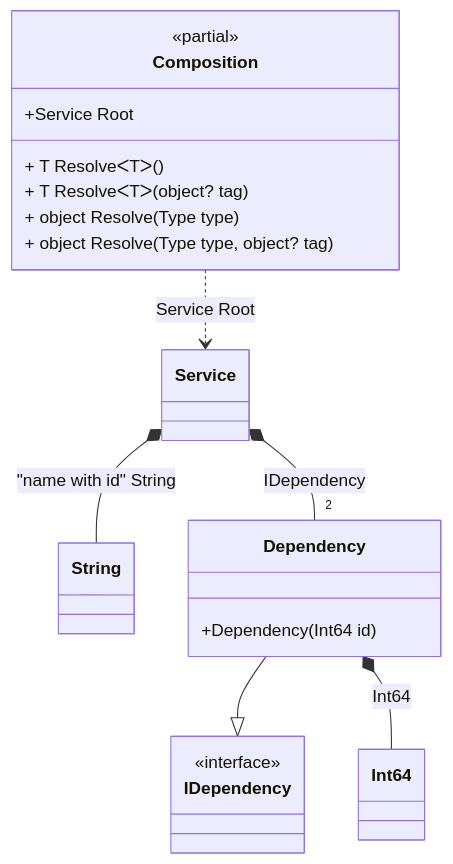
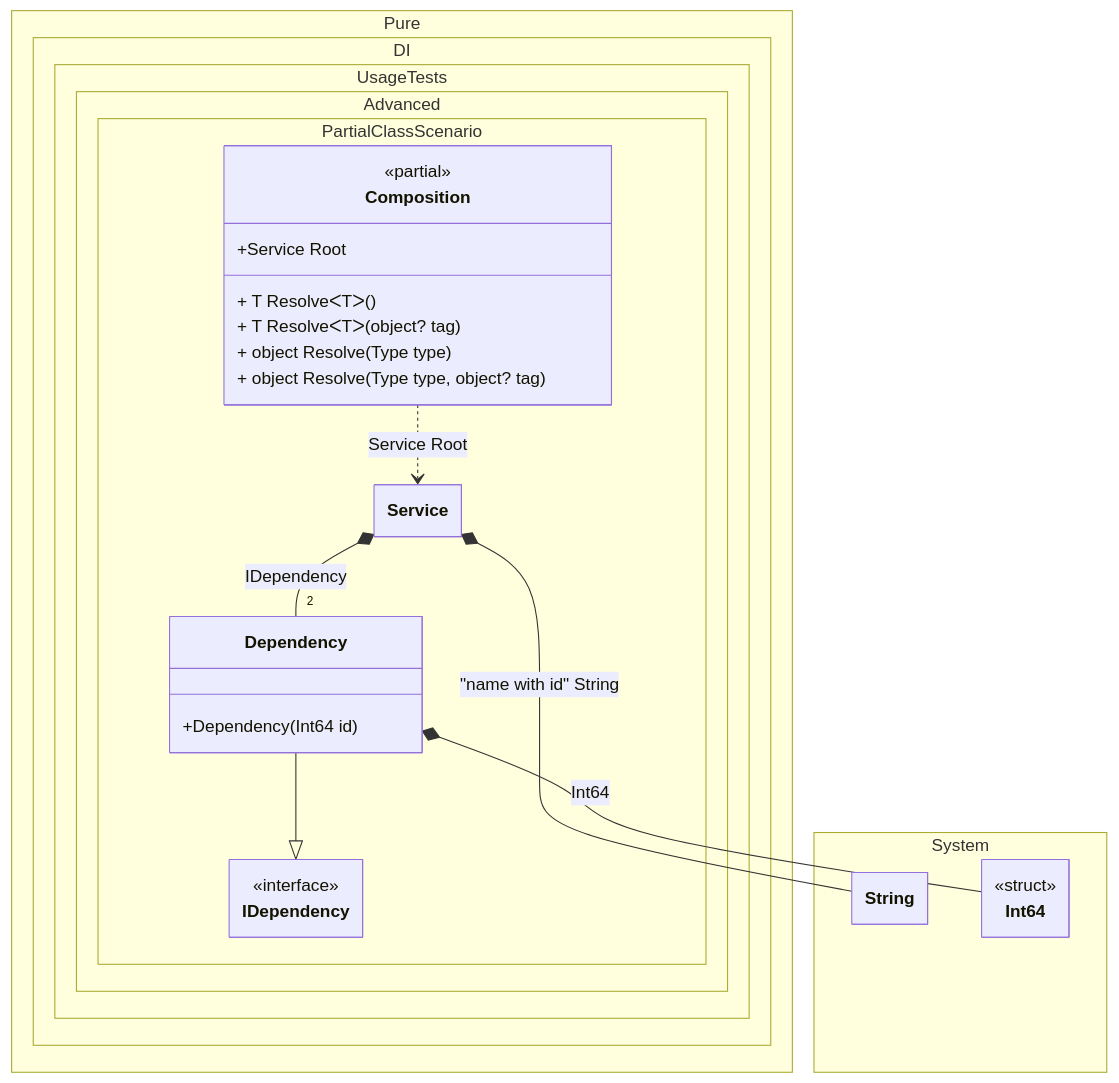
The diagram in readme/partial-class.md (DevTeam/Pure.DI), drawn with Mermaid before and after one commit. The commit also changed 103 other files, not shown here.

Commit message:
Improved class diagrams

````diff
--- a/readme/partial-class.md
+++ b/readme/partial-class.md
@@ -217,24 +217,38 @@
 ```mermaid
+---
+ config:
+  class:
+   hideEmptyMembersBox: true
+---
 classDiagram
-	class Composition {
+	Dependency --|> IDependency
+	Composition ..> Service : Service Root
+	Service *--  String : "name with id"  String
+	Service *-- "2 " Dependency : IDependency
+	Dependency *--  Int64 : Int64
+	namespace Pure.DI.UsageTests.Advanced.PartialClassScenario {
+		class Composition {
 		<<partial>>
 		+Service Root
 		+ T ResolveᐸTᐳ()
 		+ T ResolveᐸTᐳ(object? tag)
 		+ object Resolve(Type type)
 		+ object Resolve(Type type, object? tag)
+		}
+		class Dependency {
+			+Dependency(Int64 id)
+		}
+		class IDependency {
+			<<interface>>
+		}
+		class Service {
+		}
 	}
-	class String
-	Dependency --|> IDependency
-	class Dependency {
-		+Dependency(Int64 id)
+	namespace System {
+		class Int64 {
+				<<struct>>
+		}
+		class String {
+		}
 	}
-	class Int64
-	class IDependency {
-		<<interface>>
-	}
-	Composition ..> Service : Service Root
-	Service *--  String : "name with id"  String
-	Service *-- "2 " Dependency : IDependency
-	Dependency *--  Int64 : Int64
 ```
````
